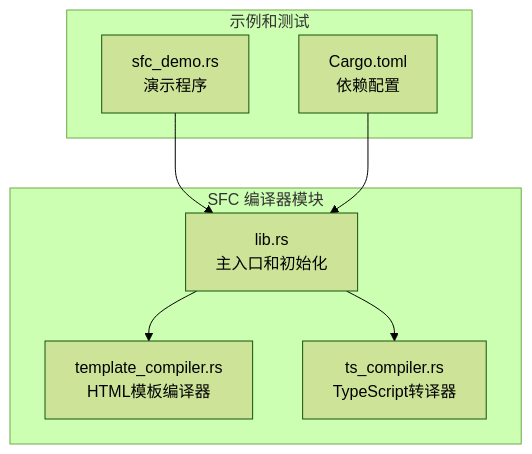
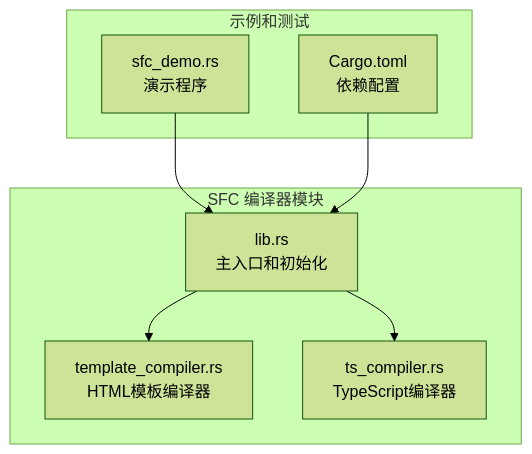
One commit to itszzl-sudo/iris changed the first of 15 diagrams in .qoder/repowiki/zh/content/技术架构详解/即时转译系统/SFC编译器初始化机制.md. Above: the diagram before and after it, drawn with Mermaid (forest theme). The commit also changed other lines of this file and 6 other files, not shown here.

````diff
--- a/.qoder/repowiki/zh/content/技术架构详解/即时转译系统/SFC编译器初始化机制.md
+++ b/.qoder/repowiki/zh/content/技术架构详解/即时转译系统/SFC编译器初始化机制.md
@@ -47,16 +48,16 @@
 ```mermaid
 graph TB
 subgraph "SFC 编译器模块"
 A[lib.rs<br/>主入口和初始化]
 B[template_compiler.rs<br/>HTML模板编译器]
-C[ts_compiler.rs<br/>TypeScript转译器]
+C[ts_compiler.rs<br/>TypeScript编译器]
 end
 subgraph "示例和测试"
 D[sfc_demo.rs<br/>演示程序]
 E[Cargo.toml<br/>依赖配置]
 end
 A --> B
 A --> C
 D --> A
 E --> A
 ```
````
